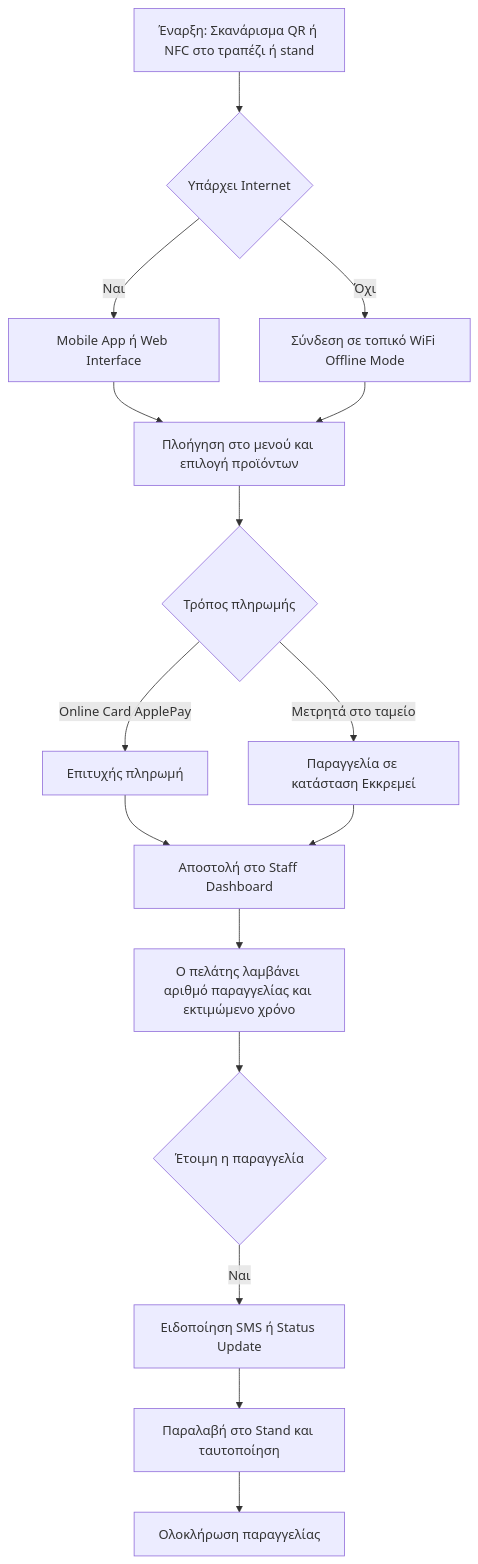
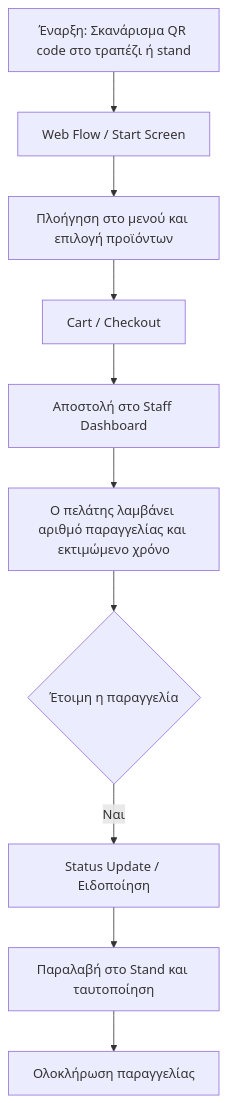
One commit to dolly450/orderly_docs changed the diagram in design/user_flow.md. Above: the diagram before and after it, drawn with Mermaid. The commit also changed other lines of this file and 12 other files, not shown here.

````diff
--- a/design/user_flow.md
+++ b/design/user_flow.md
@@ -6,28 +6,12 @@
 ```mermaid
 graph TD
-    A[Έναρξη: Σκανάρισμα QR ή NFC στο τραπέζι ή stand] --> B{Υπάρχει Internet}
-    
-    B -- Ναι --> C[Mobile App ή Web Interface]
-    B -- Όχι --> D[Σύνδεση σε τοπικό WiFi Offline Mode]
-    
-    C --> E[Πλοήγηση στο μενού και επιλογή προϊόντων]
-    D --> E
-    
-    E --> F{Τρόπος πληρωμής}
-    
-    F -- Online Card ApplePay --> G[Επιτυχής πληρωμή]
-    F -- Μετρητά στο ταμείο --> H[Παραγγελία σε κατάσταση Εκκρεμεί]
-    
-    G --> I[Αποστολή στο Staff Dashboard]
-    H --> I
-    
-    I --> J[Ο πελάτης λαμβάνει αριθμό παραγγελίας και εκτιμώμενο χρόνο]
-    
-    J --> K{Έτοιμη η παραγγελία}
-    
-    K -- Ναι --> L[Ειδοποίηση SMS ή Status Update]
-    
-    L --> M[Παραλαβή στο Stand και ταυτοποίηση]
-    
-    M --> N[Ολοκλήρωση παραγγελίας]
+    A[Έναρξη: Σκανάρισμα QR code στο τραπέζι ή stand] --> B[Web Flow / Start Screen]
+    B --> C[Πλοήγηση στο μενού και επιλογή προϊόντων]
+    C --> D[Cart / Checkout]
+    D --> E[Αποστολή στο Staff Dashboard]
+    E --> F[Ο πελάτης λαμβάνει αριθμό παραγγελίας και εκτιμώμενο χρόνο]
+    F --> G{Έτοιμη η παραγγελία}
+    G -- Ναι --> H[Status Update / Ειδοποίηση]
+    H --> I[Παραλαβή στο Stand και ταυτοποίηση]
+    I --> J[Ολοκλήρωση παραγγελίας]
 ```
````
